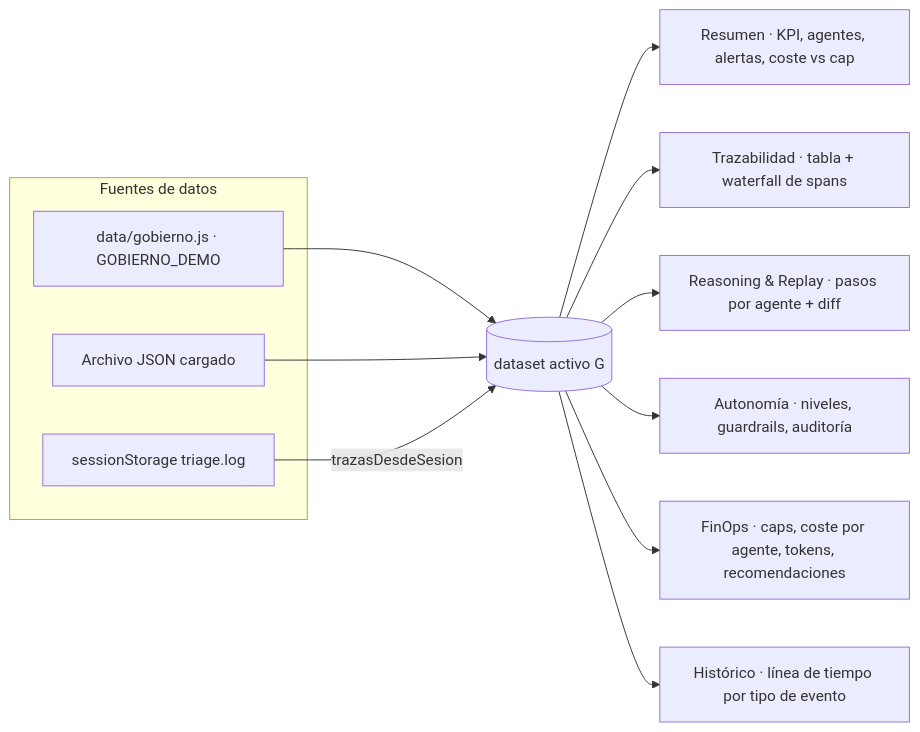
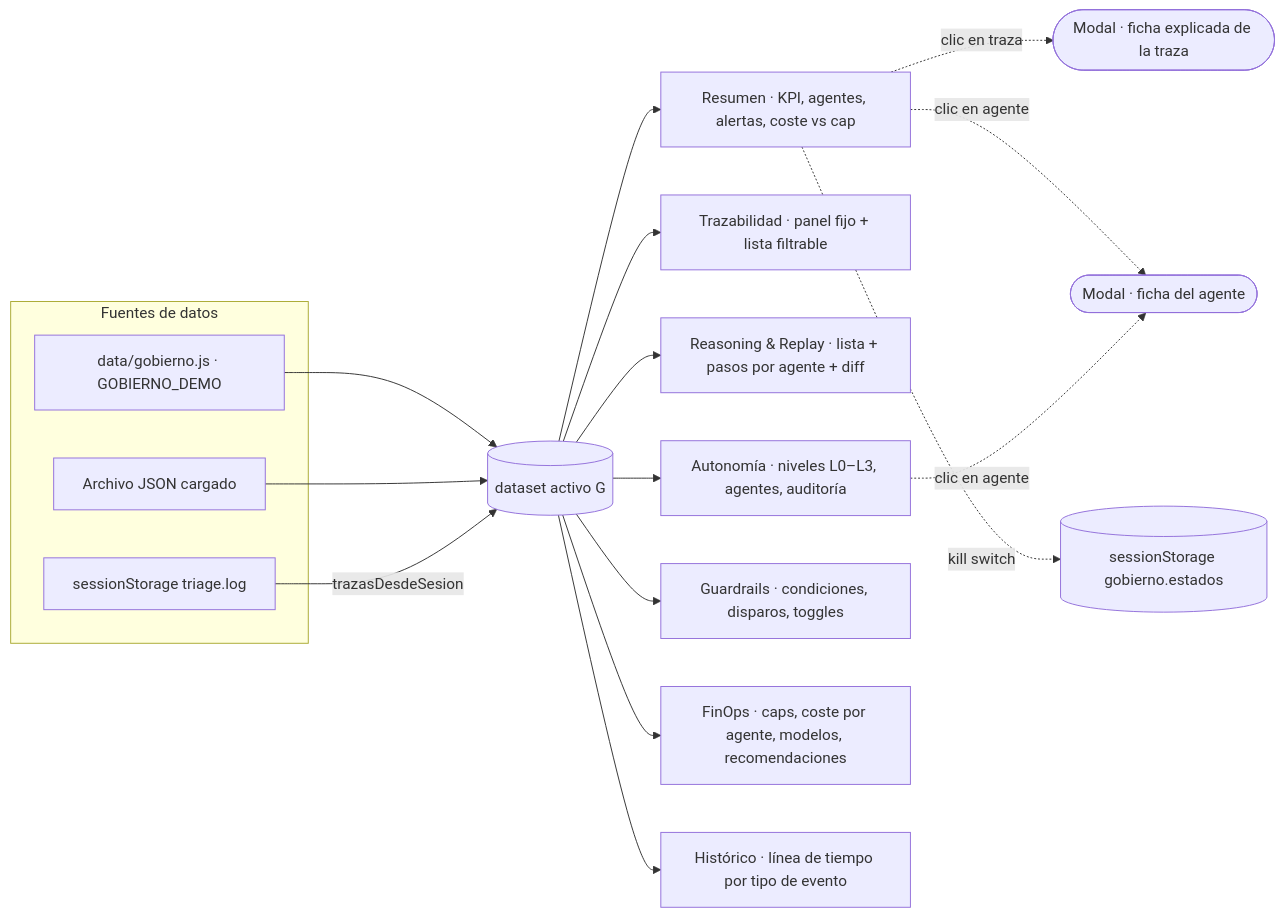
The third of 3 diagrams in _docs/arquitectura.md (nachoenjuto/fnol-triage), drawn with Mermaid before and after one commit. The commit also changed other lines of this file and 6 other files, not shown here.

First line of the commit message:
Panel de gobierno v2: Guardrails, fichas modales, panel fijo, modelos y gráficos interactivos

````diff
--- a/_docs/arquitectura.md
+++ b/_docs/arquitectura.md
@@ -46,17 +46,22 @@
 ```mermaid
 flowchart LR
   subgraph fuentes[Fuentes de datos]
     demo[data/gobierno.js · GOBIERNO_DEMO]
     json[Archivo JSON cargado]
     sesion[sessionStorage triage.log]
   end
   demo --> G[(dataset activo G)]
   json --> G
   sesion -->|trazasDesdeSesion| G
   G --> resumen[Resumen · KPI, agentes, alertas, coste vs cap]
-  G --> trazas[Trazabilidad · tabla + waterfall de spans]
-  G --> replay[Reasoning & Replay · pasos por agente + diff]
-  G --> autonomia[Autonomía · niveles, guardrails, auditoría]
-  G --> finops[FinOps · caps, coste por agente, tokens, recomendaciones]
+  G --> trazas[Trazabilidad · panel fijo + lista filtrable]
+  G --> replay[Reasoning & Replay · lista + pasos por agente + diff]
+  G --> autonomia[Autonomía · niveles L0–L3, agentes, auditoría]
+  G --> guardrails[Guardrails · condiciones, disparos, toggles]
+  G --> finops[FinOps · caps, coste por agente, modelos, recomendaciones]
   G --> historico[Histórico · línea de tiempo por tipo de evento]
+  resumen -. clic en traza .-> mTraza([Modal · ficha explicada de la traza])
+  resumen -. clic en agente .-> mAgente([Modal · ficha del agente])
+  autonomia -. clic en agente .-> mAgente
+  resumen -. kill switch .-> estado[(sessionStorage gobierno.estados)]
 ```
````
